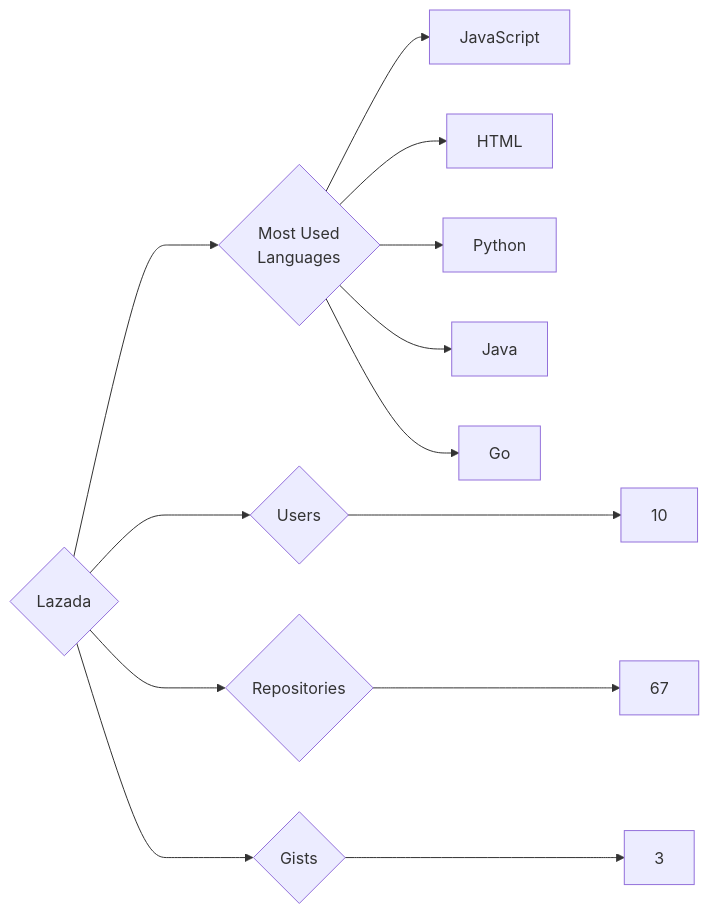
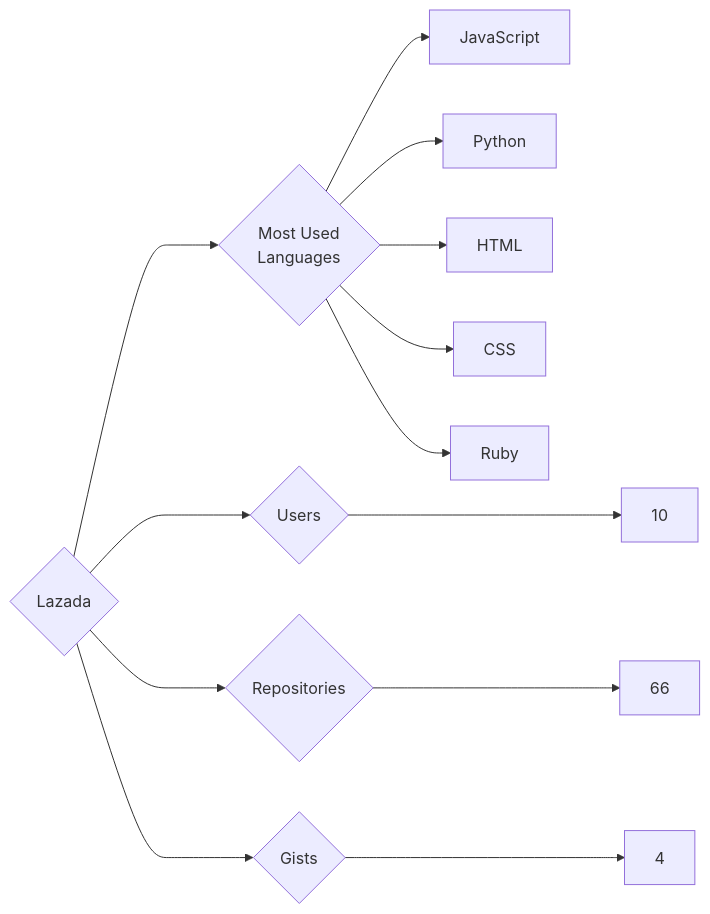
Before and after one commit to trickest/insiders: the diagram in targets/Lazada/README.md, drawn with Mermaid. The commit also changed 814 other files, not shown here.

````diff
--- a/targets/Lazada/README.md
+++ b/targets/Lazada/README.md
@@ -3,13 +3,13 @@
 ```mermaid
 graph LR
 COMPANY_NAME{Lazada}
 COMPANY_NAME ---> U{Users} ---> UN[10]
-COMPANY_NAME ---> R{Repositories} ---> RN[67]
-COMPANY_NAME ---> G{Gists} ---> GN[3]
+COMPANY_NAME ---> R{Repositories} ---> RN[66]
+COMPANY_NAME ---> G{Gists} ---> GN[4]
 COMPANY_NAME ---> ML{Most Used<br>Languages}
 ML --> JavaScript[JavaScript]
+ML --> Python[Python]
 ML --> HTML[HTML]
-ML --> Python[Python]
-ML --> Java[Java]
-ML --> Go[Go]
+ML --> CSS[CSS]
+ML --> Ruby[Ruby]
 ```
````
